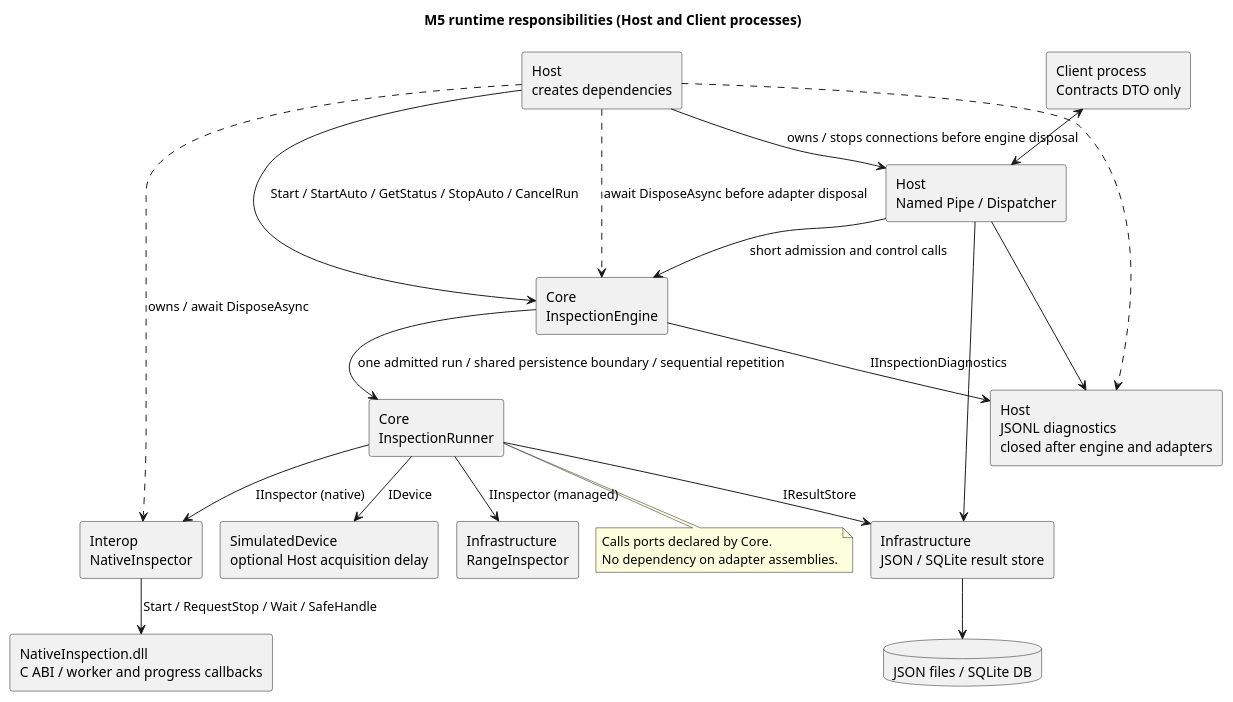
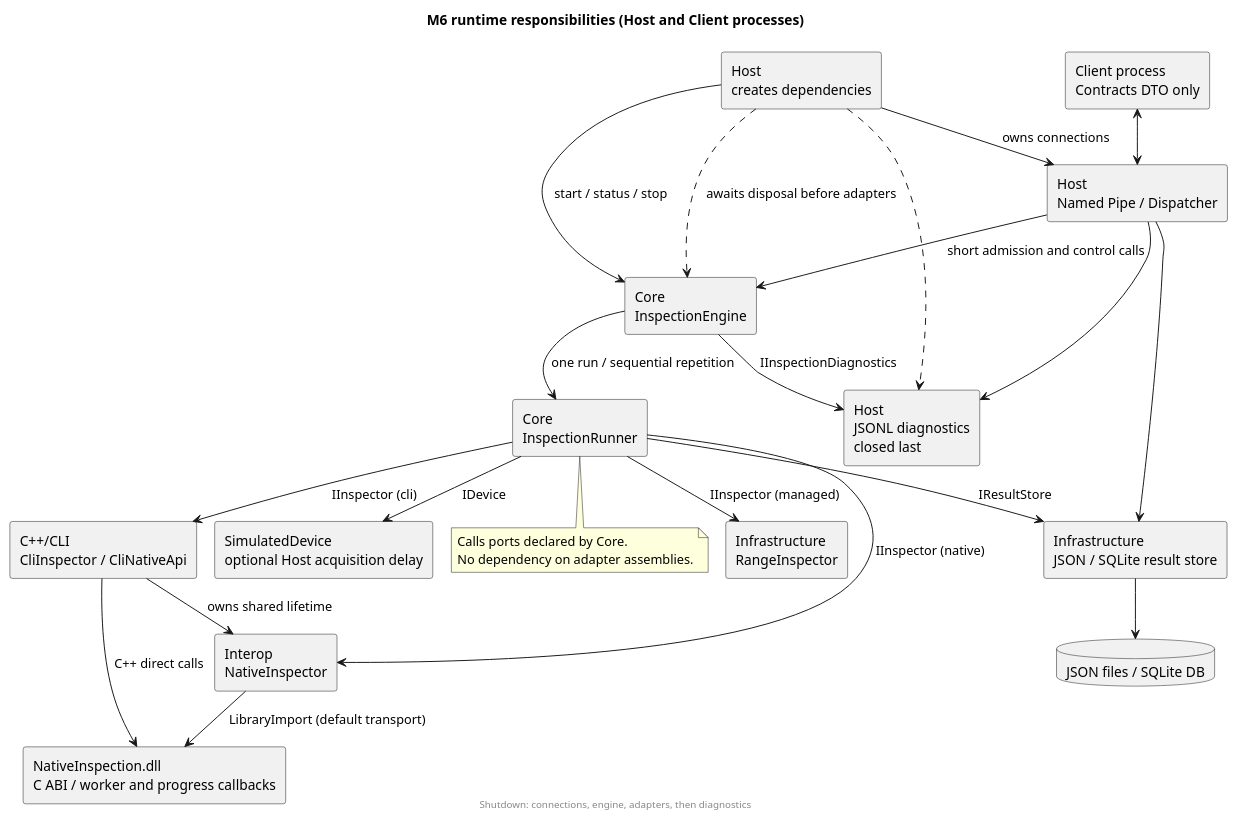
The diagram in docs/diagrams/architecture.puml (Myoungmin/CSharp-InspectionCore-Lab), drawn with PlantUML before and after one commit. The commit also changed 53 other files, not shown here.

First line of the commit message:
feat: add C++/CLI inspector comparison

```diff
--- a/docs/diagrams/architecture.puml
+++ b/docs/diagrams/architecture.puml
@@ -1,38 +1,42 @@
 @startuml architecture
 !pragma layout smetana
-title M5 runtime responsibilities (Host and Client processes)
+title M6 runtime responsibilities (Host and Client processes)
 skinparam componentStyle rectangle
+footer Shutdown: connections, engine, adapters, then diagnostics
 component "Host\ncreates dependencies" as Host
 component "Client process\nContracts DTO only" as Client
 component "Host\nNamed Pipe / Dispatcher" as Server
 component "Core\nInspectionEngine" as Engine
 component "Core\nInspectionRunner" as Core
 component "SimulatedDevice\noptional Host acquisition delay" as Device
 component "Infrastructure\nRangeInspector" as Inspector
 component "Interop\nNativeInspector" as Native
+component "C++/CLI\nCliInspector / CliNativeApi" as Cli
 component "NativeInspection.dll\nC ABI / worker and progress callbacks" as DLL
 component "Infrastructure\nJSON / SQLite result store" as Store
 database "JSON files / SQLite DB" as Result
-component "Host\nJSONL diagnostics\nclosed after engine and adapters" as Log
-Host --> Engine : Start / StartAuto / GetStatus / StopAuto / CancelRun
+component "Host\nJSONL diagnostics\nclosed last" as Log
+Host --> Engine : start / status / stop
 Client <--> Server
-Host --> Server : owns / stops connections before engine disposal
+Host --> Server : owns connections
 Server --> Engine : short admission and control calls
 Server --> Store
 Server --> Log
 Engine --> Log : IInspectionDiagnostics
 Host ..> Log
-Engine --> Core : one admitted run / shared persistence boundary / sequential repetition
-Host ..> Engine : await DisposeAsync before adapter disposal
+Engine --> Core : one run / sequential repetition
+Host ..> Engine : awaits disposal before adapters
 Core --> Device : IDevice
 Core --> Inspector : IInspector (managed)
 Core --> Native : IInspector (native)
-Native --> DLL : Start / RequestStop / Wait / SafeHandle
-Host ..> Native : owns / await DisposeAsync
+Core --> Cli : IInspector (cli)
+Cli --> Native : owns shared lifetime
+Cli --> DLL : C++ direct calls
+Native --> DLL : LibraryImport (default transport)
 Core --> Store : IResultStore
 Store --> Result
 note bottom of Core
 Calls ports declared by Core.
 No dependency on adapter assemblies.
 end note
 @enduml
```
